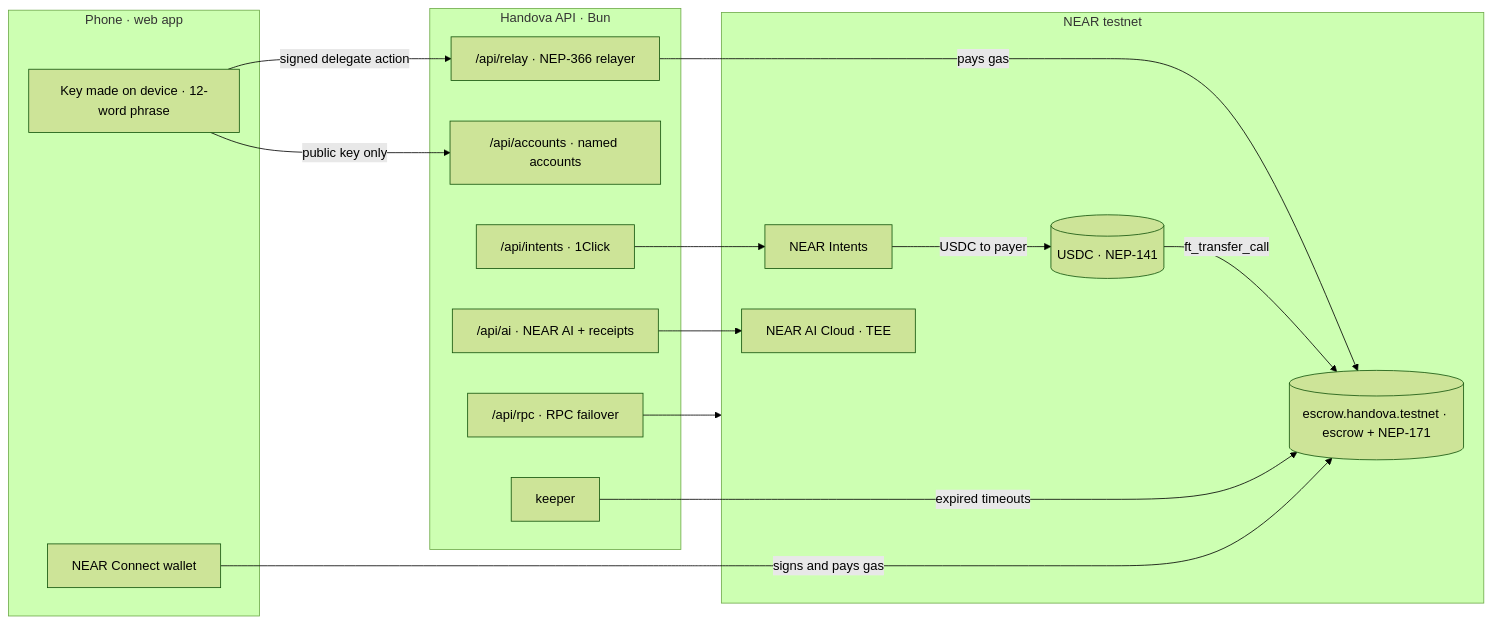
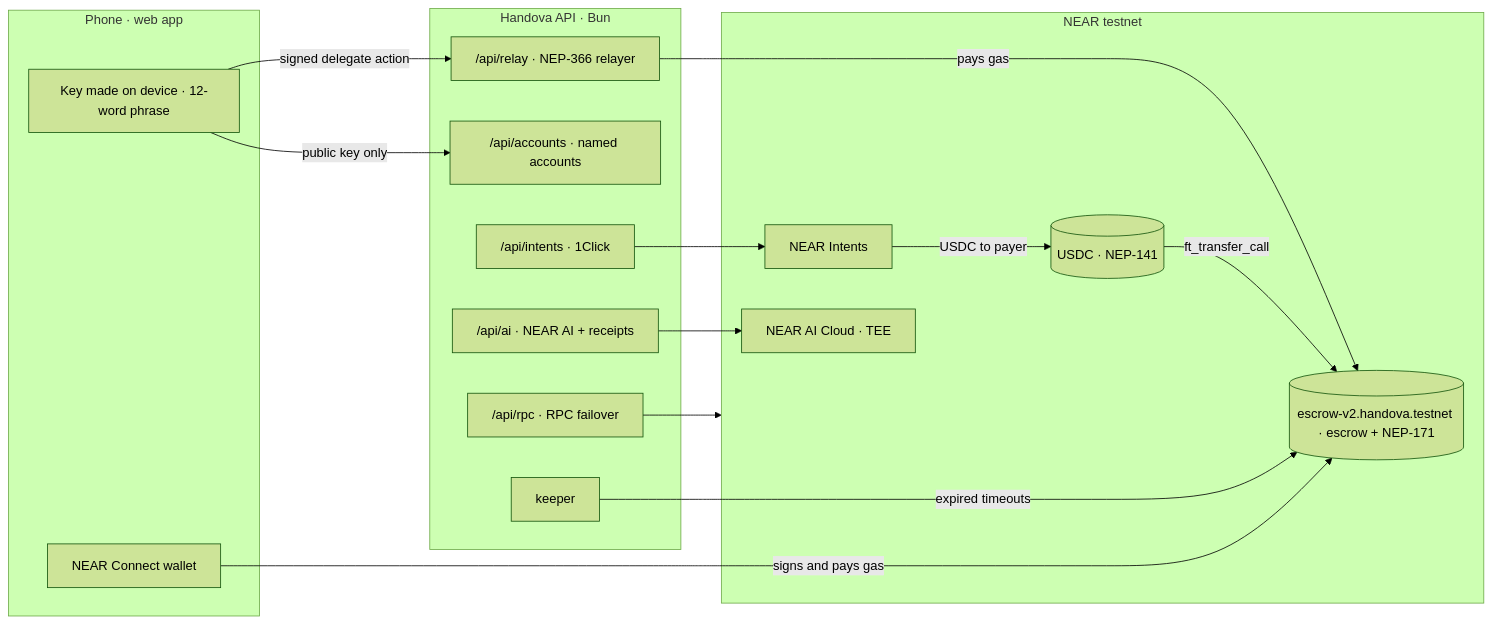
One commit to UseHandova/handova-near changed the second of 3 diagrams in README.md. Above: the diagram before and after it, drawn with Mermaid (forest theme). The commit also changed other lines of this file and 26 other files, not shown here.

First line of the commit message:
feat: add Mintbase sale testnet script for Handova lease NFT transactions

````diff
--- a/README.md
+++ b/README.md
@@ -156,29 +161,29 @@
 ```mermaid
 flowchart LR
     subgraph Phone["Phone · web app"]
         K["Key made on device · 12-word phrase"]
         W["NEAR Connect wallet"]
     end
     subgraph API["Handova API · Bun"]
         R["/api/relay · NEP-366 relayer"]
         A["/api/accounts · named accounts"]
         I["/api/intents · 1Click"]
         AI["/api/ai · NEAR AI + receipts"]
         P["/api/rpc · RPC failover"]
         KP["keeper"]
     end
     subgraph NEAR["NEAR testnet"]
-        E[("escrow.handova.testnet · escrow + NEP-171")]
+        E[("escrow-v2.handova.testnet · escrow + NEP-171")]
         U[("USDC · NEP-141")]
         NI["NEAR Intents"]
         NA["NEAR AI Cloud · TEE"]
     end
     K -- "signed delegate action" --> R -- "pays gas" --> E
     K -- "public key only" --> A
     W -- "signs and pays gas" --> E
     I --> NI -- "USDC to payer" --> U
     U -- "ft_transfer_call" --> E
     AI --> NA
     KP -- "expired timeouts" --> E
     P --> NEAR
 ```
````
